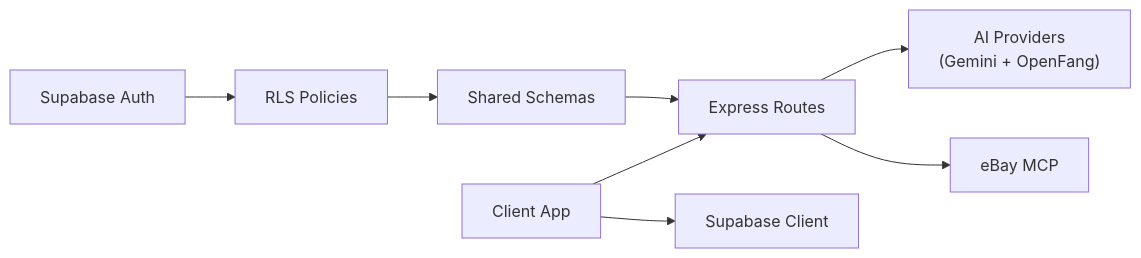
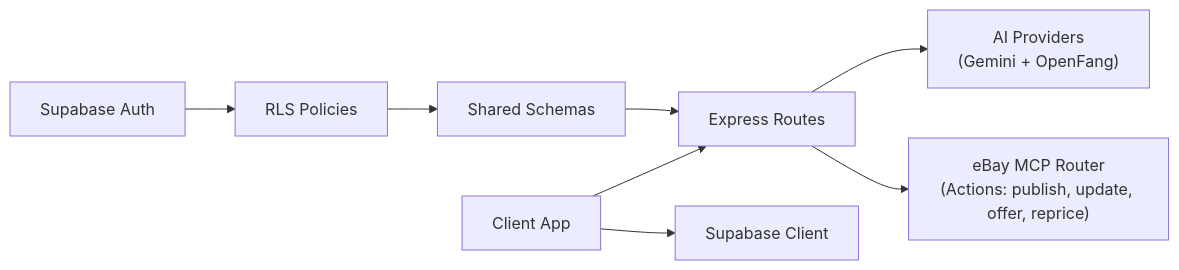
Before and after one commit to hunglevi87/Hidden-Gem: the eighth of 8 diagrams in .qoder/repowiki/en/content/Architecture Overview/TRS Integration Plan.md, drawn with Mermaid. The commit also changed other lines of this file and 14 other files, not shown here.

First line of the commit message:
feat(ai-integration): add OpenFang provider and eBay MCP marketplace automation

````diff
--- a/.qoder/repowiki/en/content/Architecture Overview/TRS Integration Plan.md
+++ b/.qoder/repowiki/en/content/Architecture Overview/TRS Integration Plan.md
@@ -484,10 +452,10 @@
 ```mermaid
 graph LR
 Auth["Supabase Auth"] --> RLS["RLS Policies"]
 RLS --> DB["Shared Schemas"]
 DB --> Routes["Express Routes"]
 Routes --> AI["AI Providers<br/>(Gemini + OpenFang)"]
-Routes --> eBay["eBay MCP"]
+Routes --> eBay["eBay MCP Router<br/>(Actions: publish, update, offer, reprice)"]
 Client["Client App"] --> Routes
 Client --> Supabase["Supabase Client"]
 ```
````
